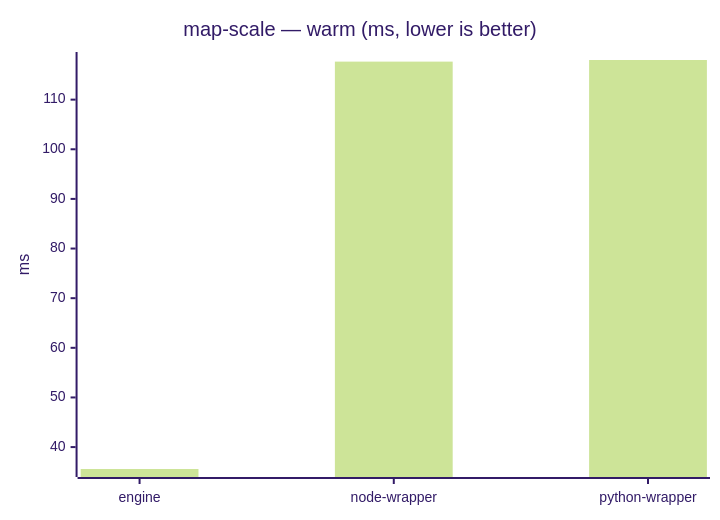
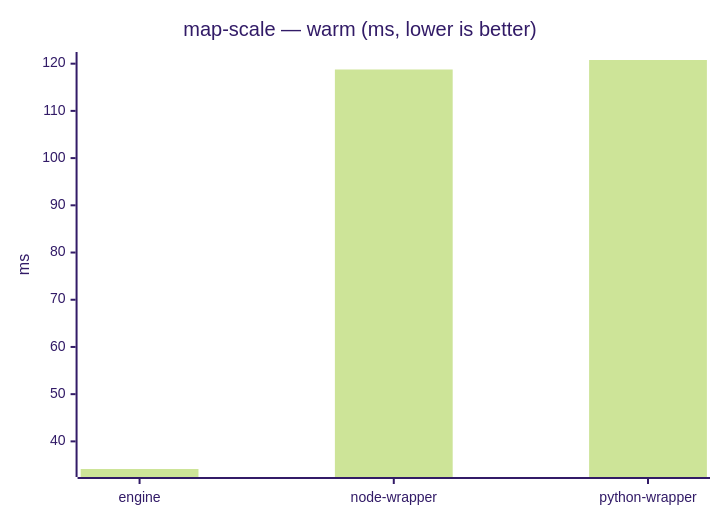
The seventh of 23 diagrams in benchmarks/report/RESULTS.md (mulesoft/data-weave-cli), drawn with Mermaid (forest theme) before and after one commit. The commit also changed other lines of this file, not shown here.

````diff
--- a/benchmarks/report/RESULTS.md
+++ b/benchmarks/report/RESULTS.md
@@ -100,7 +98,7 @@
 ```mermaid
 xychart-beta
     title "map-scale — warm (ms, lower is better)"
     x-axis ["engine", "node-wrapper", "python-wrapper"]
     y-axis "ms"
-    bar [35.585, 117.659, 117.985]
+    bar [34.149, 118.767, 120.779]
 ```
````
